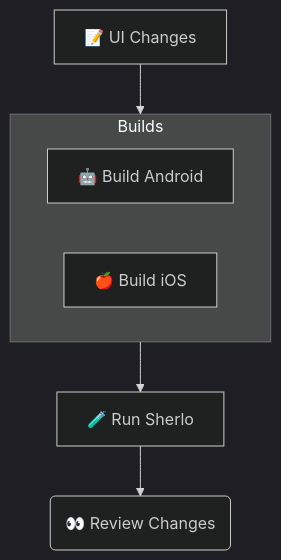
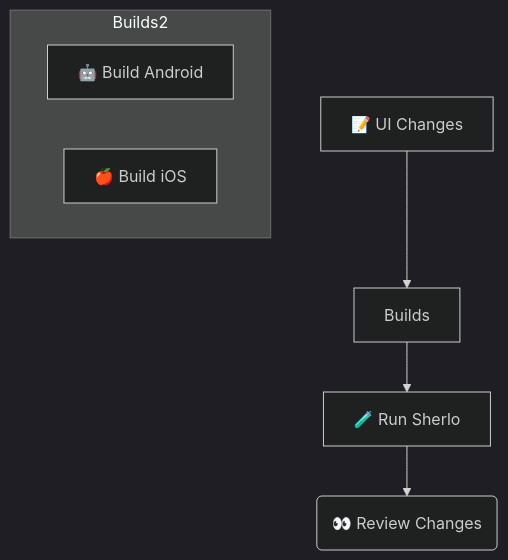
One commit to sherlo-io/sherlo changed the third of 3 diagrams in examples/standard/README.md. Above: the diagram before and after it, drawn with Mermaid (dark theme).

Commit message:
no message

````diff
--- a/examples/standard/README.md
+++ b/examples/standard/README.md
@@ -52,15 +52,15 @@
 ```mermaid
 flowchart TD
    UI[📝 UI Changes]
-   subgraph Builds
+   subgraph Builds2
       direction LR
       Android[🤖 Build Android]
       iOS[🍎 Build iOS]
    end
    Sherlo[🧪 Run Sherlo]
    Review(👀  Review Changes)
 
    UI --> Builds
    Builds --> Sherlo
    Sherlo --> Review
 ```
````
